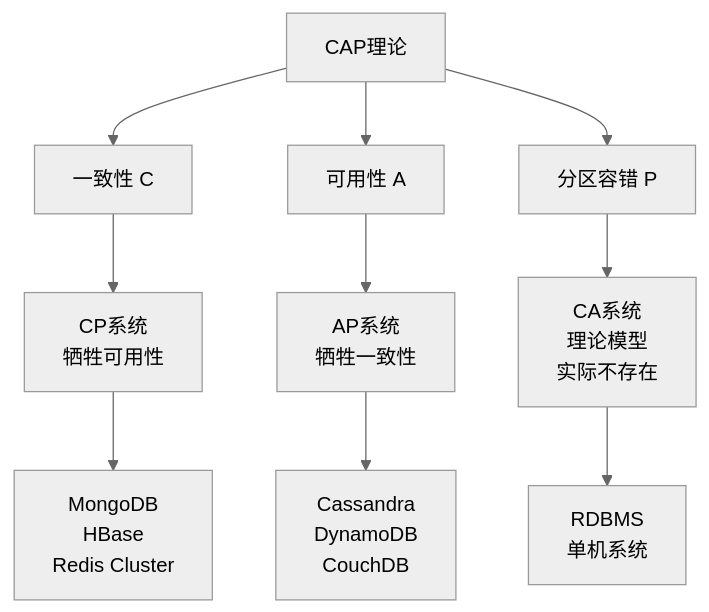
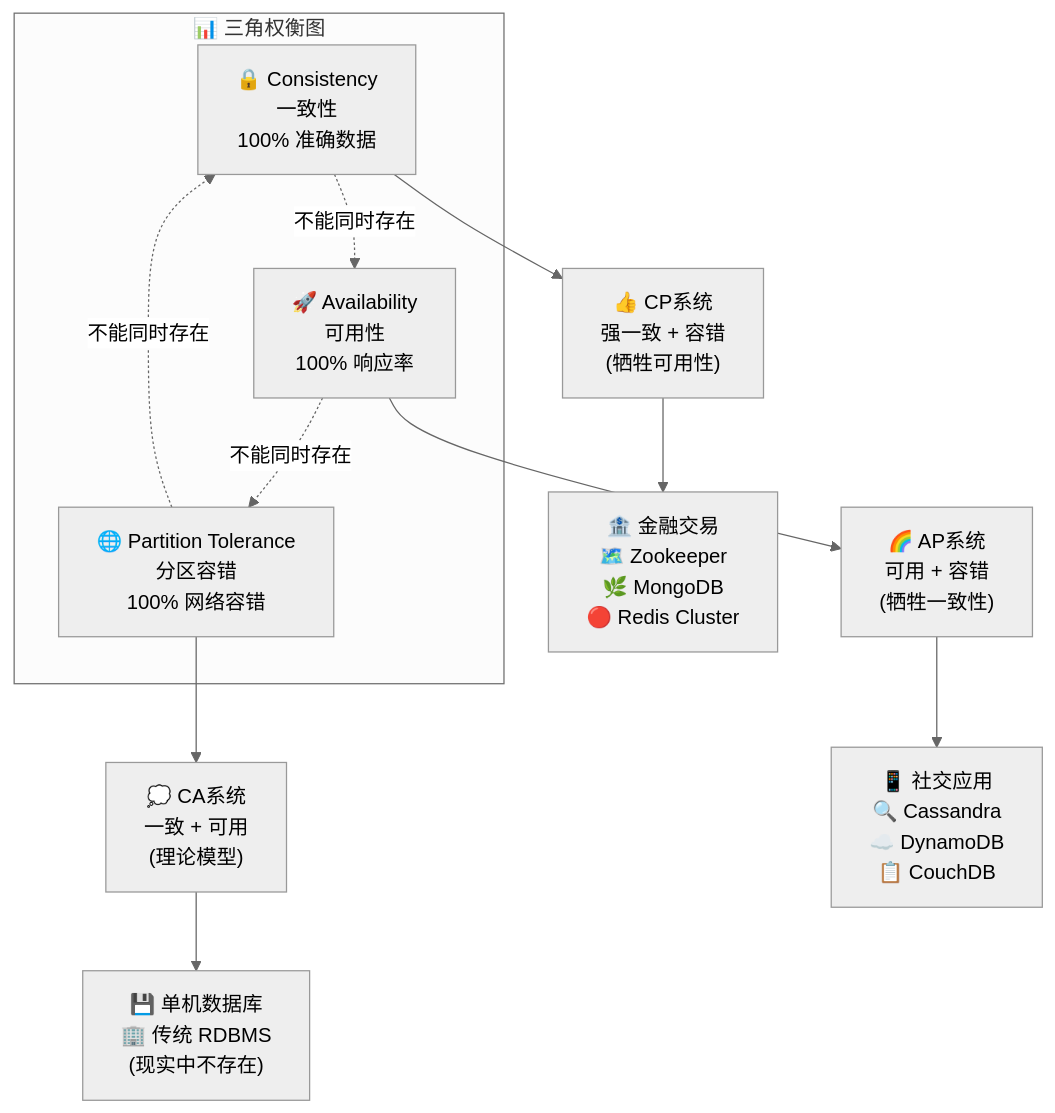
The third of 4 diagrams in content/posts/distributed-02-cap-theorem.md (jsalessandro/lesshash), drawn with Mermaid (neutral theme) before and after one commit. The commit also changed other lines of this file and 15 other files, not shown here.

````diff
--- a/content/posts/distributed-02-cap-theorem.md
+++ b/content/posts/distributed-02-cap-theorem.md
@@ -46,14 +89,20 @@
 ```mermaid
 graph TD
-    A[CAP理论] --> B[一致性 C]
-    A --> C[可用性 A]
-    A --> D[分区容错 P]
+    subgraph "📊 三角权衡图"
+        A["🔒 Consistency<br/>一致性<br/>100% 准确数据"]
+        B["🚀 Availability<br/>可用性<br/>100% 响应率"]
+        C["🌐 Partition Tolerance<br/>分区容错<br/>100% 网络容错"]
+    end
 
-    B --> E[CP系统<br/>牺牲可用性]
-    C --> F[AP系统<br/>牺牲一致性]
-    D --> G[CA系统<br/>理论模型<br/>实际不存在]
+    A -.->|"不能同时存在"| B
+    B -.->|"不能同时存在"| C
+    C -.->|"不能同时存在"| A
 
-    E --> H[MongoDB<br/>HBase<br/>Redis Cluster]
-    F --> I[Cassandra<br/>DynamoDB<br/>CouchDB]
-    G --> J[RDBMS<br/>单机系统]
+    A --> CP["👍 CP系统<br/>强一致 + 容错<br/>(牺牲可用性)"]
+    B --> AP["🌈 AP系统<br/>可用 + 容错<br/>(牺牲一致性)"]
+    C --> CA["💭 CA系统<br/>一致 + 可用<br/>(理论模型)"]
+
+    CP --> CP_SYSTEMS["🏦 金融交易<br/>🗺️ Zookeeper<br/>🌿 MongoDB<br/>🔴 Redis Cluster"]
+    AP --> AP_SYSTEMS["📱 社交应用<br/>🔍 Cassandra<br/>☁️ DynamoDB<br/>📋 CouchDB"]
+    CA --> CA_SYSTEMS["💾 单机数据库<br/>🏢 传统 RDBMS<br/>(现实中不存在)"]
 ```
````
